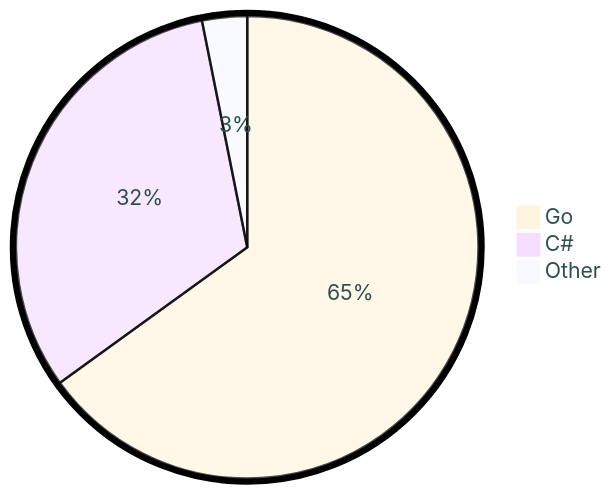
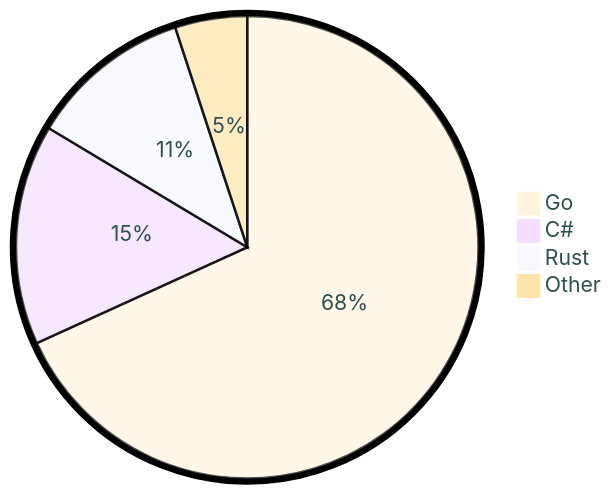
The diagram in README.md (tot0p/tot0p), drawn with Mermaid before and after one commit. The commit also changed other lines of this file, not shown here.

````diff
--- a/README.md
+++ b/README.md
@@ -73,7 +80,8 @@
 ```mermaid
 %%{init: {"pie": {"textPosition": 0.5}, "themeVariables": {"pieOuterStrokeWidth": "5px","primaryTextColor" : "#2F4F4F"},"theme":"base"} }%%
 pie
-	"Go": 65.02
-	"C#": 31.83
-	"Other": 3.14
+	"Go": 68.2
+	"C#": 15.41
+	"Rust": 11.36
+	"Other": 5.039999999999999
 ```
````
